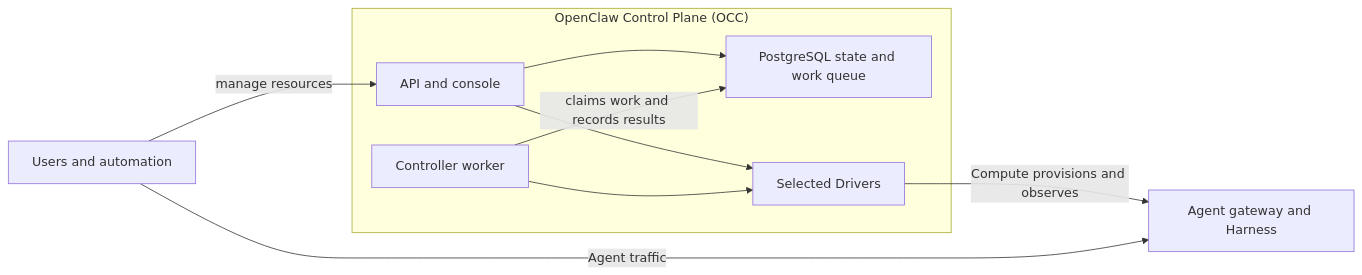
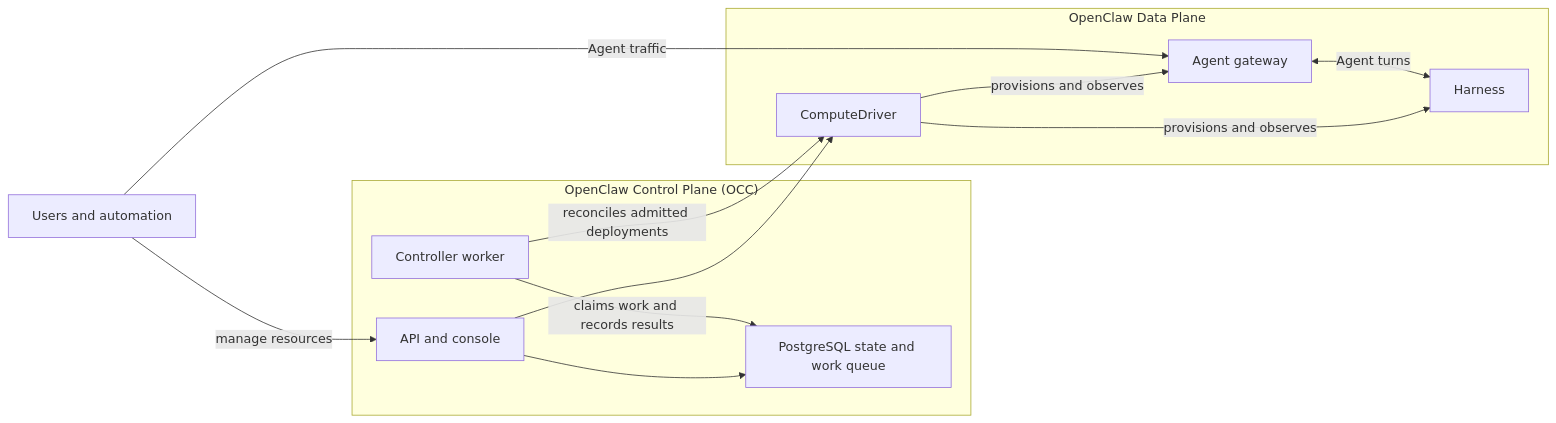
Before and after one commit to SebTardif/openclaw-enterprise: the diagram in docs/ARCHITECTURE.md, drawn with Mermaid. The commit also changed other lines of this file and 1 other file, not shown here.

Commit message:
docs: define the OpenClaw data plane boundary

````diff
--- a/docs/ARCHITECTURE.md
+++ b/docs/ARCHITECTURE.md
@@ -16,12 +17,16 @@
 ```mermaid
 flowchart LR
     CLIENT["Users and automation"] -->|"manage resources"| API
     subgraph OCC["OpenClaw Control Plane (OCC)"]
         API["API and console"] --> STATE["PostgreSQL state and work queue"]
         WORKER["Controller worker"] -->|"claims work and records results"| STATE
-        API --> DRIVERS["Selected Drivers"]
-        WORKER --> DRIVERS
     end
-    DRIVERS -->|"Compute provisions and observes"| RUNTIME["Agent gateway and Harness"]
-    CLIENT -->|"Agent traffic"| RUNTIME
+    subgraph DATA_PLANE["OpenClaw Data Plane"]
+        COMPUTE["ComputeDriver"] -->|"provisions and observes"| GATEWAY["Agent gateway"]
+        COMPUTE -->|"provisions and observes"| HARNESS["Harness"]
+        GATEWAY <-->|"Agent turns"| HARNESS
+    end
+    API --> COMPUTE
+    WORKER -->|"reconciles admitted deployments"| COMPUTE
+    CLIENT -->|"Agent traffic"| GATEWAY
 ```
````
